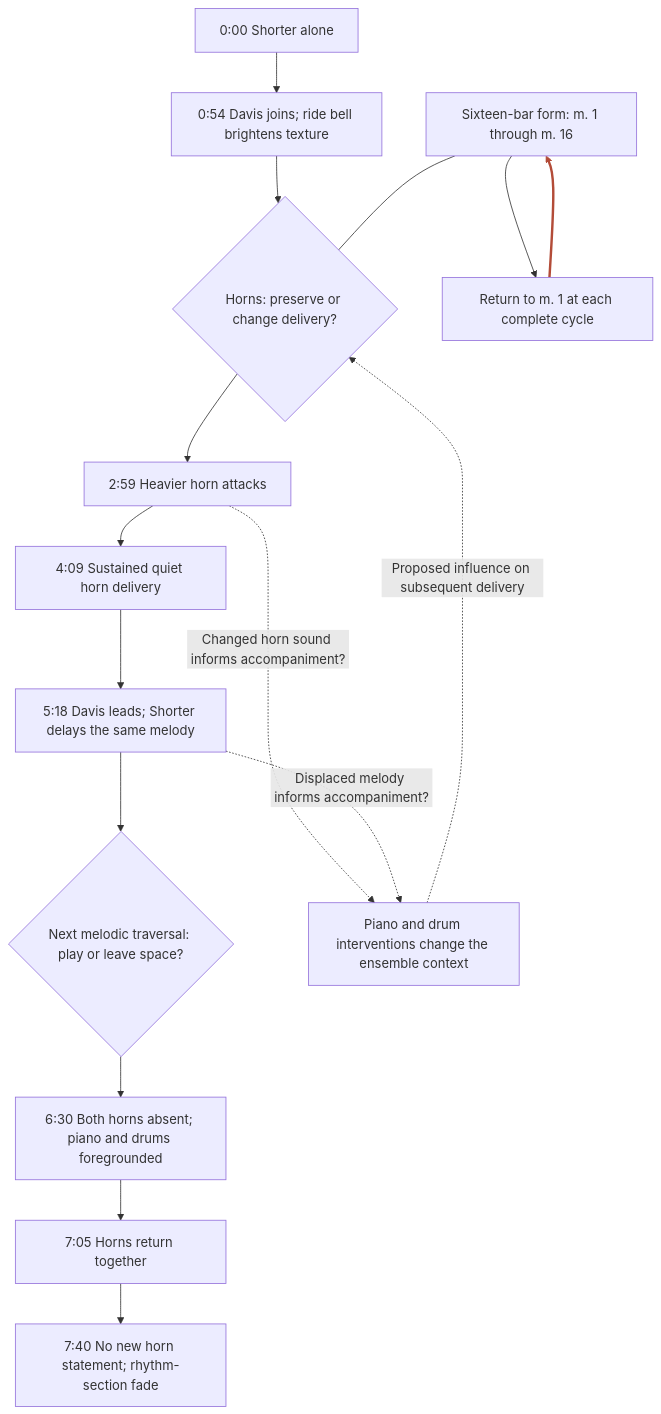
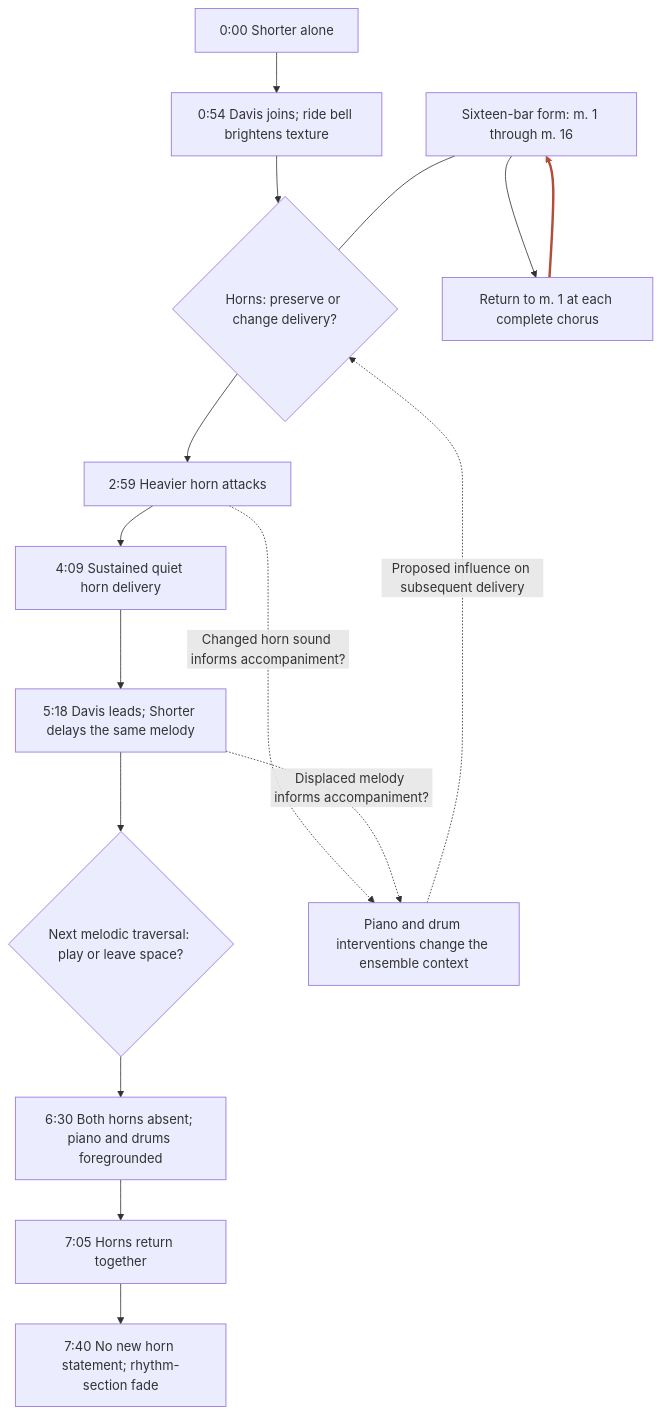
The diagram in mermaid/01-overview.md (einbahnstrasse/nefertiti-analysis), drawn with Mermaid before and after one commit. The commit also changed 27 other files, not shown here.

````diff
--- a/mermaid/01-overview.md
+++ b/mermaid/01-overview.md
@@ -9,19 +9,19 @@
 ```mermaid
 flowchart TD
  A["0:00 Shorter alone"] --> B["0:54 Davis joins; ride bell brightens texture"]
  B --> C{"Horns: preserve or change delivery?"}
  C --> D["2:59 Heavier horn attacks"]
  D --> D2["4:09 Sustained quiet horn delivery"]
  D2 --> E["5:18 Davis leads; Shorter delays the same melody"]
  E --> F{"Next melodic traversal: play or leave space?"}
  F --> G["6:30 Both horns absent; piano and drums foregrounded"]
  G --> H["7:05 Horns return together"]
  H --> I["7:40 No new horn statement; rhythm-section fade"]
- R["Sixteen-bar form: m. 1 through m. 16"] --> S["Return to m. 1 at each complete cycle"]
+ R["Sixteen-bar form: m. 1 through m. 16"] --> S["Return to m. 1 at each complete chorus"]
  S --> R
  R --- C
  P["Piano and drum interventions change the ensemble context"] -. "Proposed influence on subsequent delivery" .-> C
  D -. "Changed horn sound informs accompaniment?" .-> P
  E -. "Displaced melody informs accompaniment?" .-> P
  linkStyle 10 stroke:#b34c38,stroke-width:3px
 ```
````
